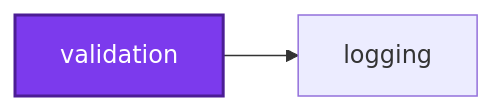
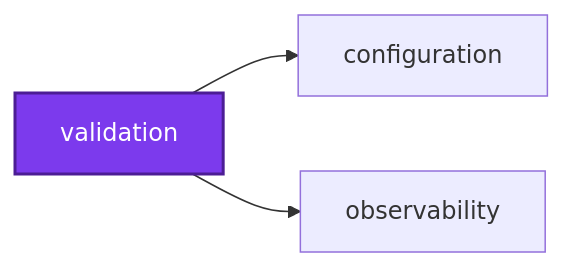
Before and after one commit to organizzolini/codebase: the first of 3 diagrams in validation/README.md, drawn with Mermaid. The commit also changed 68 other files, not shown here.

````diff
--- a/validation/README.md
+++ b/validation/README.md
@@ -564,8 +564,10 @@
 ```mermaid
 graph LR
-  logging["logging"]
+  configuration["configuration"]
+  observability["observability"]
   validation["validation"]
-  validation --> logging
+  validation --> configuration
+  validation --> observability
   classDef subject fill:#7c3aed,color:#fff,stroke:#4c1d95,stroke-width:2px
   class validation subject
 ```
````
